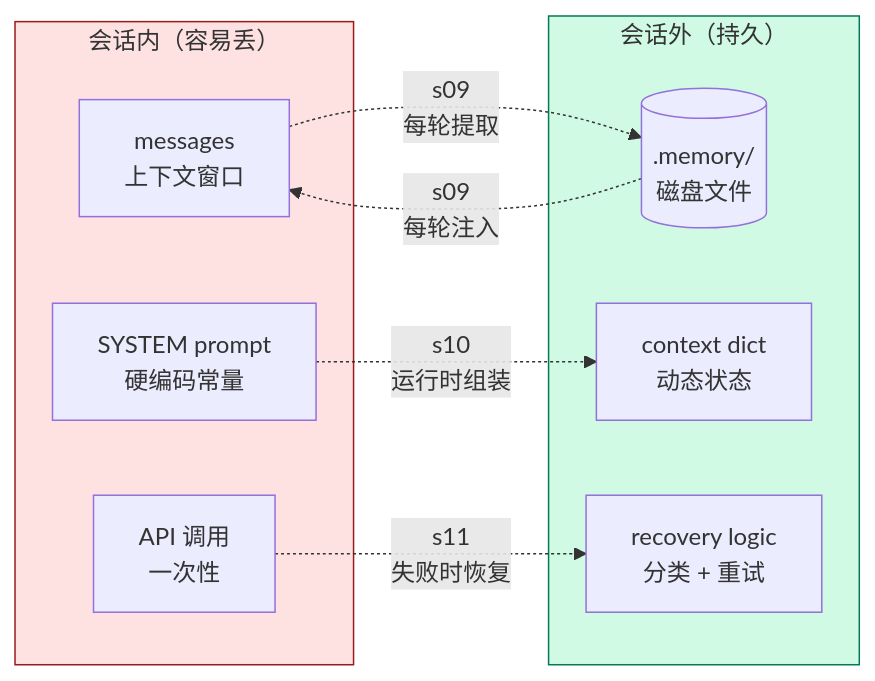
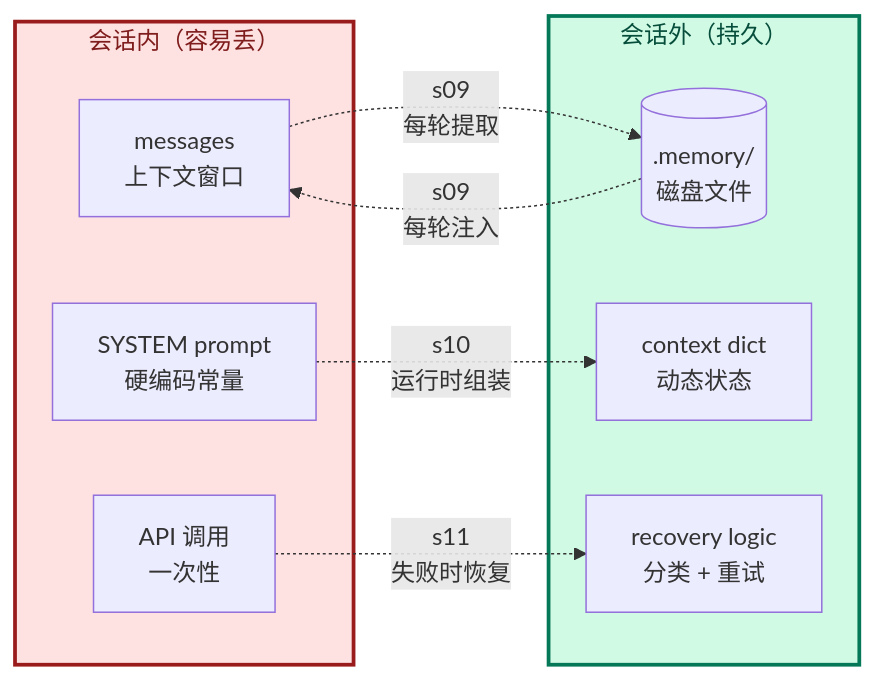
The diagram in Agent/Harness/Claude Code/Phase 3 - 记忆与恢复/00 - 综合总结.md (PyrePuin/From-Zero-LLM-Agent-Infra-Notes), drawn with Mermaid before and after one commit. The commit also changed 23 other files, not shown here.

First line of the commit message:
refactor(mermaid): 统一所有图的视觉规范

````diff
--- a/Agent/Harness/Claude Code/Phase 3 - 记忆与恢复/00 - 综合总结.md
+++ b/Agent/Harness/Claude Code/Phase 3 - 记忆与恢复/00 - 综合总结.md
@@ -89,20 +89,21 @@
 ```mermaid
+%%{init: {'themeVariables': {'fontSize': '16px', 'fontFamily': 'ui-sans-serif, system-ui, -apple-system, "Segoe UI", Roboto, sans-serif'}}}%%
 flowchart LR
     subgraph InSession["会话内（容易丢）"]
         M["messages<br/>上下文窗口"]
         S["SYSTEM prompt<br/>硬编码常量"]
         A["API 调用<br/>一次性"]
     end
     subgraph OutSession["会话外（持久）"]
         D1[(".memory/<br/>磁盘文件")]
         D2["context dict<br/>动态状态"]
         D3["recovery logic<br/>分类 + 重试"]
     end
     M -.->|"s09<br/>每轮提取"| D1
     D1 -.->|"s09<br/>每轮注入"| M
     S -.->|"s10<br/>运行时组装"| D2
     A -.->|"s11<br/>失败时恢复"| D3
 
-    style InSession fill:#fee2e2,stroke:#991b1b
-    style OutSession fill:#d1fae5,stroke:#047857
+    style InSession fill:#fee2e2,stroke:#991b1b,stroke-width:2.5px,color:#7f1d1d
+    style OutSession fill:#d1fae5,stroke:#047857,stroke-width:2.5px,color:#064e3b
 ```
````
